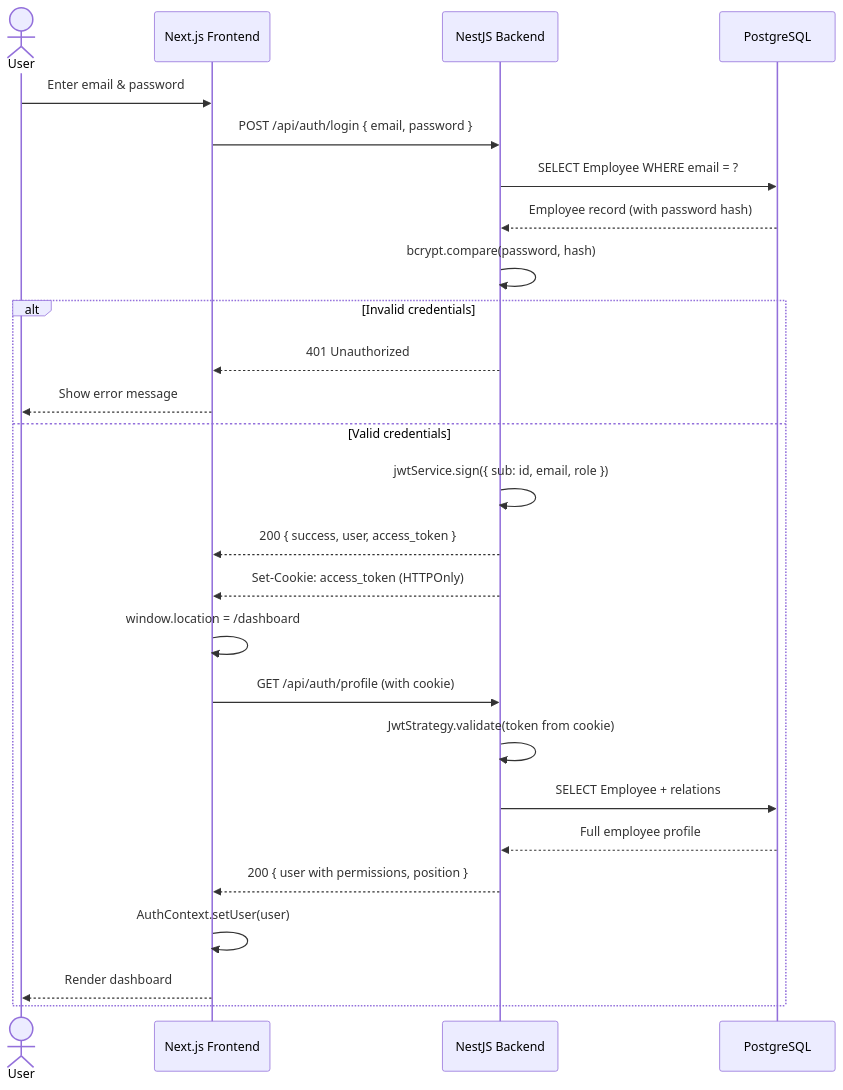
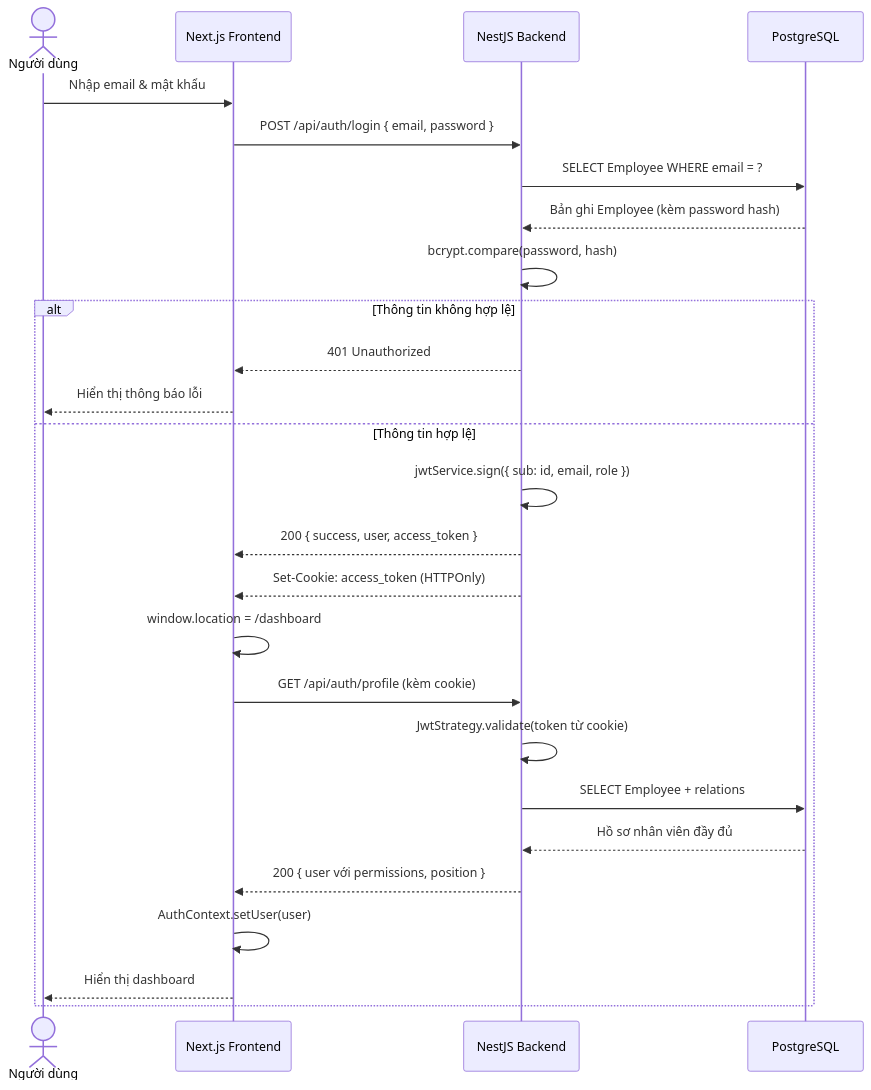
The first of 16 diagrams in docs/sequence-diagrams.md (Luo-Zhii/HRM-Gene), drawn with Mermaid before and after one commit. The commit also changed other lines of this file and 3 other files, not shown here.

````diff
--- a/docs/sequence-diagrams.md
+++ b/docs/sequence-diagrams.md
@@ -9,29 +9,29 @@
 ```mermaid
 sequenceDiagram
-    actor U as User
+    actor U as Người dùng
     participant FE as Next.js Frontend
     participant BE as NestJS Backend
     participant DB as PostgreSQL
 
-    U->>FE: Enter email & password
+    U->>FE: Nhập email & mật khẩu
     FE->>BE: POST /api/auth/login { email, password }
     BE->>DB: SELECT Employee WHERE email = ?
-    DB-->>BE: Employee record (with password hash)
+    DB-->>BE: Bản ghi Employee (kèm password hash)
     BE->>BE: bcrypt.compare(password, hash)
-    alt Invalid credentials
+    alt Thông tin không hợp lệ
         BE-->>FE: 401 Unauthorized
-        FE-->>U: Show error message
-    else Valid credentials
+        FE-->>U: Hiển thị thông báo lỗi
+    else Thông tin hợp lệ
         BE->>BE: jwtService.sign({ sub: id, email, role })
         BE-->>FE: 200 { success, user, access_token }
         BE-->>FE: Set-Cookie: access_token (HTTPOnly)
         FE->>FE: window.location = /dashboard
-        FE->>BE: GET /api/auth/profile (with cookie)
-        BE->>BE: JwtStrategy.validate(token from cookie)
+        FE->>BE: GET /api/auth/profile (kèm cookie)
+        BE->>BE: JwtStrategy.validate(token từ cookie)
         BE->>DB: SELECT Employee + relations
-        DB-->>BE: Full employee profile
-        BE-->>FE: 200 { user with permissions, position }
+        DB-->>BE: Hồ sơ nhân viên đầy đủ
+        BE-->>FE: 200 { user với permissions, position }
         FE->>FE: AuthContext.setUser(user)
-        FE-->>U: Render dashboard
+        FE-->>U: Hiển thị dashboard
     end
 ```
````
